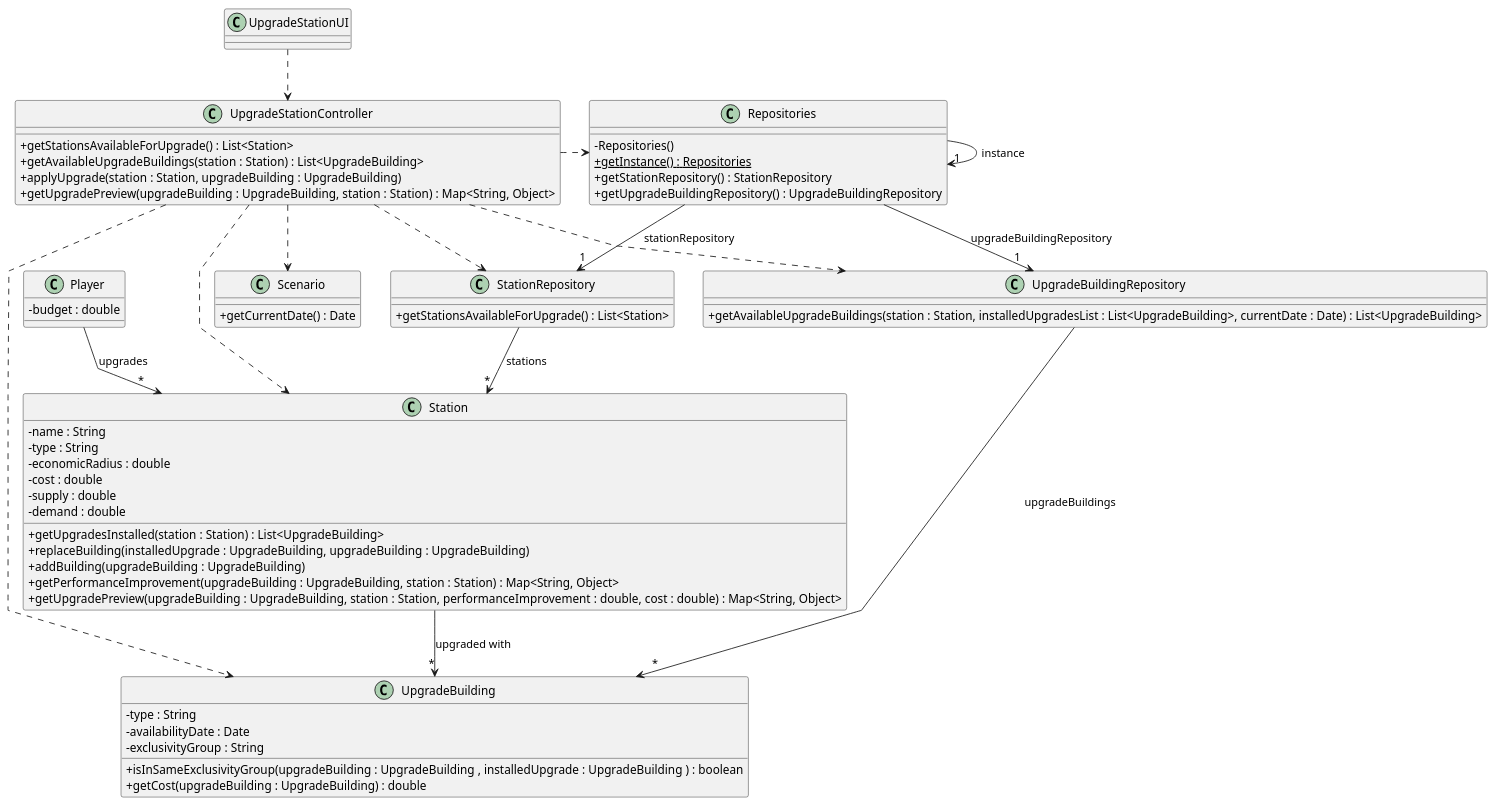
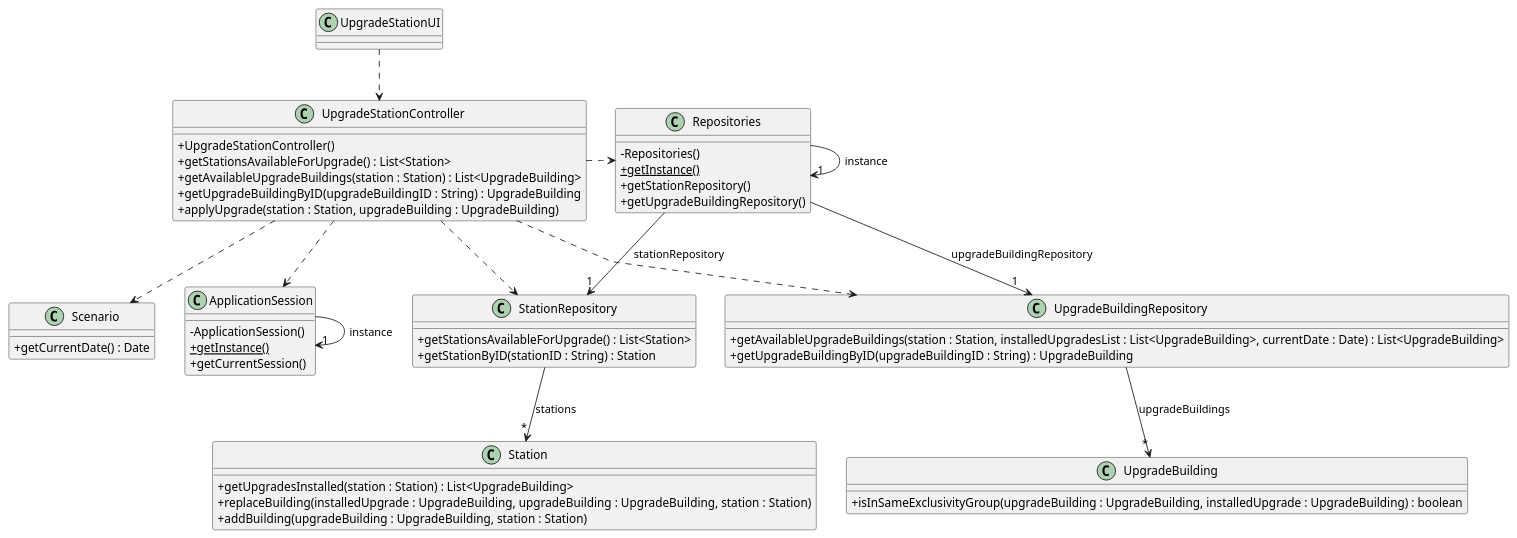
One commit to Educ00/mdisc-2425 changed the diagram in docs/system-documentation/sprint 3/US06/03.design/puml/US006-CD.puml. Above: the diagram before and after it, drawn with PlantUML. The commit also changed 5 other files, not shown here.

Commit message:
Update on US06 accordingly to professor's review once again. Used SINGLETON on ApplicationSession to get the current date. Still some doubts related to whether I should save the station again on it's repo or the update itself. Updated the CD accordingly to the updates on SD once again.

```diff
--- a/docs/system-documentation/sprint 3/US06/03.design/puml/US006-CD.puml
+++ b/docs/system-documentation/sprint 3/US06/03.design/puml/US006-CD.puml
@@ -1,77 +1,68 @@
 @startuml
 skinparam packageStyle rectangle
 skinparam shadowing false
 skinparam linetype polyline
 skinparam classAttributeIconSize 0
 
-class Player {
-    - budget : double
-}
-
 class UpgradeStationUI {
 }
 
 class UpgradeStationController {
+    + UpgradeStationController()
     + getStationsAvailableForUpgrade() : List<Station>
     + getAvailableUpgradeBuildings(station : Station) : List<UpgradeBuilding>
+    + getUpgradeBuildingByID(upgradeBuildingID : String) : UpgradeBuilding
     + applyUpgrade(station : Station, upgradeBuilding : UpgradeBuilding)
-    + getUpgradePreview(upgradeBuilding : UpgradeBuilding, station : Station) : Map<String, Object>
 }
 
 class Repositories {
     - Repositories()
-    + {static} getInstance() : Repositories
-    + getStationRepository() : StationRepository
-    + getUpgradeBuildingRepository() : UpgradeBuildingRepository
+    + {static} getInstance()
+    + getStationRepository()
+    + getUpgradeBuildingRepository()
 }
 
 class StationRepository {
     + getStationsAvailableForUpgrade() : List<Station>
+    + getStationByID(stationID : String) : Station
 }
 
 class UpgradeBuildingRepository {
     + getAvailableUpgradeBuildings(station : Station, installedUpgradesList : List<UpgradeBuilding>, currentDate : Date) : List<UpgradeBuilding>
+    + getUpgradeBuildingByID(upgradeBuildingID : String) : UpgradeBuilding
 }
 
 class Station {
-    - name : String
-    - type : String
-    - economicRadius : double
-    - cost : double
-    - supply : double
-    - demand : double
     + getUpgradesInstalled(station : Station) : List<UpgradeBuilding>
-    + replaceBuilding(installedUpgrade : UpgradeBuilding, upgradeBuilding : UpgradeBuilding)
-    + addBuilding(upgradeBuilding : UpgradeBuilding)
-    + getPerformanceImprovement(upgradeBuilding : UpgradeBuilding, station : Station) : Map<String, Object>
-    + getUpgradePreview(upgradeBuilding : UpgradeBuilding, station : Station, performanceImprovement : double, cost : double) : Map<String, Object>
+    + replaceBuilding(installedUpgrade : UpgradeBuilding, upgradeBuilding : UpgradeBuilding, station : Station)
+    + addBuilding(upgradeBuilding : UpgradeBuilding, station : Station)
 }
 
 class UpgradeBuilding {
-    - type : String
-    - availabilityDate : Date
-    - exclusivityGroup : String
-    + isInSameExclusivityGroup(upgradeBuilding : UpgradeBuilding , installedUpgrade : UpgradeBuilding ) : boolean
-    + getCost(upgradeBuilding : UpgradeBuilding) : double
+    + isInSameExclusivityGroup(upgradeBuilding : UpgradeBuilding, installedUpgrade : UpgradeBuilding) : boolean
 }
 
 class Scenario {
     + getCurrentDate() : Date
 }
 
-Player --> "*" Station : upgrades
-Station --> "*" UpgradeBuilding : upgraded with
+class ApplicationSession {
+    - ApplicationSession()
+    + {static} getInstance()
+    + getCurrentSession()
+}
+
 UpgradeStationUI ..> UpgradeStationController
 UpgradeStationController .> Repositories
 Repositories -> "1" Repositories : instance
 Repositories --> "1" StationRepository : stationRepository
 Repositories --> "1" UpgradeBuildingRepository : upgradeBuildingRepository
 UpgradeStationController ..> StationRepository
 UpgradeStationController ..> UpgradeBuildingRepository
 UpgradeStationController ..> Scenario
-UpgradeStationController ..> Station
-UpgradeStationController ..> UpgradeBuilding
+UpgradeStationController ..> ApplicationSession
 StationRepository --> "*" Station : stations
 UpgradeBuildingRepository --> "*" UpgradeBuilding : upgradeBuildings
+ApplicationSession --> "1" ApplicationSession : instance
 
 @enduml
```
